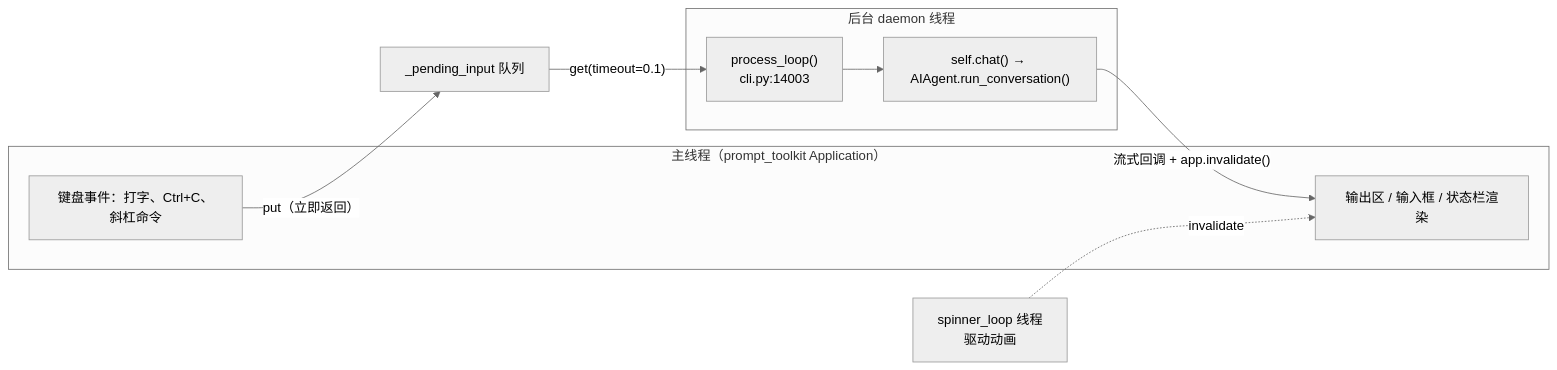
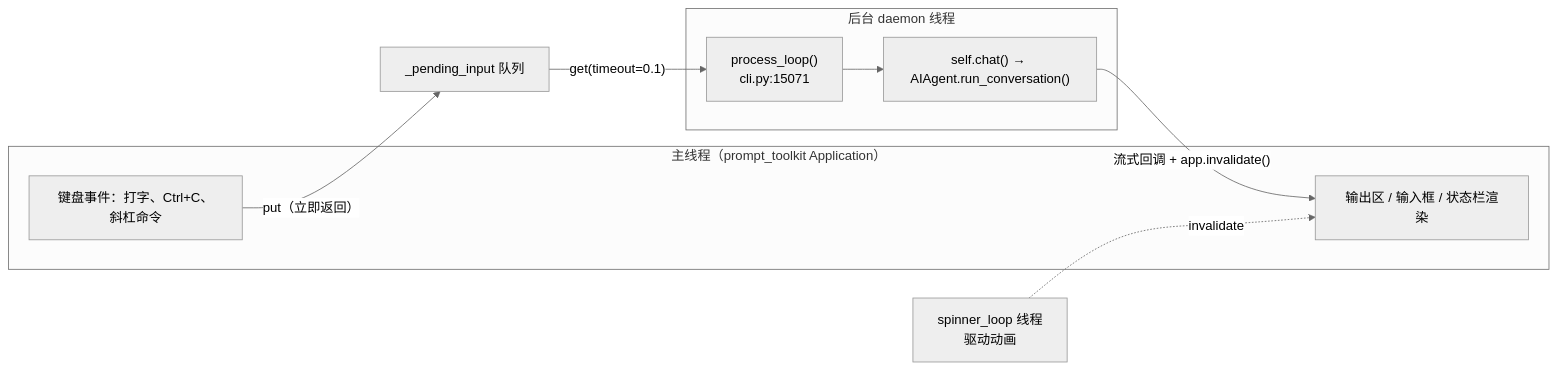
The second of 5 diagrams in docs/zh/10-交互界面与运行模式.md (fang-lin/hermes-agent-code-analysis), drawn with Mermaid (neutral theme) before and after one commit. The commit also changed other lines of this file, not shown here.

Commit message:
10 章更新至 v0.18.2：cli.py 锚点全面重测；web_server 桌面后端成节；tui_gateway 11 文件；STT 六级回退链

````diff
--- a/docs/zh/10-交互界面与运行模式.md
+++ b/docs/zh/10-交互界面与运行模式.md
@@ -224,19 +224,19 @@
 ```mermaid
 flowchart LR
     subgraph MAIN["主线程（prompt_toolkit Application）"]
         UI["输出区 / 输入框 / 状态栏渲染"]
         KB["键盘事件：打字、Ctrl+C、斜杠命令"]
     end
     subgraph BG["后台 daemon 线程"]
-        PL["process_loop()<br/>cli.py:14003"]
+        PL["process_loop()<br/>cli.py:15071"]
         CHAT["self.chat() → AIAgent.run_conversation()"]
     end
     SPIN["spinner_loop 线程<br/>驱动动画"]
     Q["_pending_input 队列"]
 
     KB -->|"put（立即返回）"| Q
     Q -->|"get(timeout=0.1)"| PL
     PL --> CHAT
     CHAT -->|"流式回调 + app.invalidate()"| UI
     SPIN -.->|"invalidate"| UI
 ```
````
